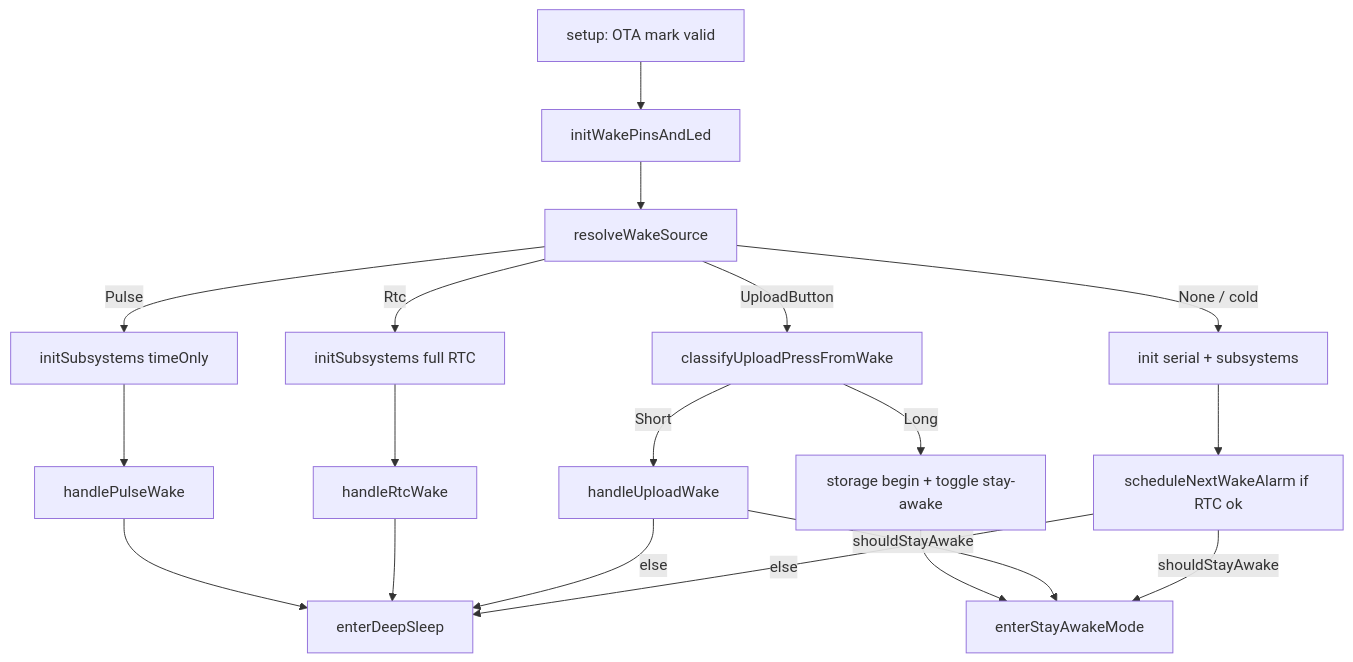
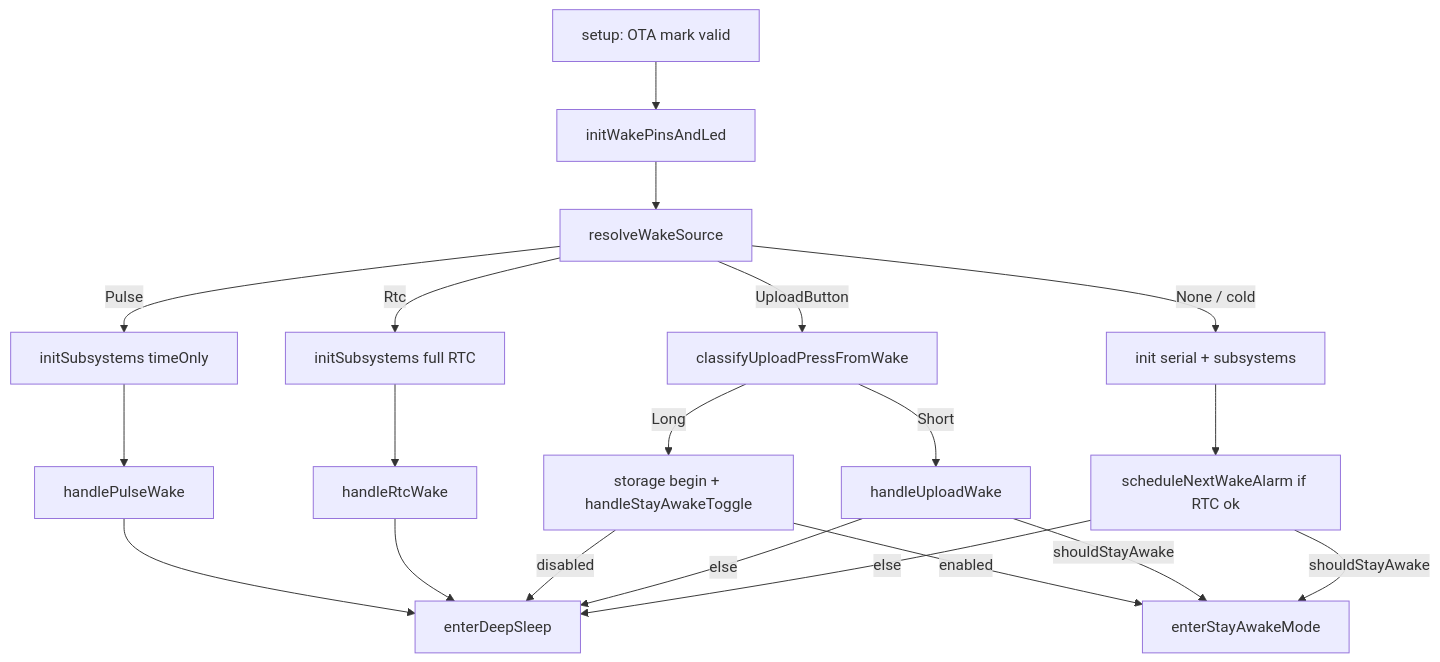
Before and after one commit to bakroistvan/meter_buddy: the first of 3 diagrams in docs/firmware/fw_specification.md, drawn with Mermaid. The commit also changed other lines of this file and 2 other files, not shown here.

````diff
--- a/docs/firmware/fw_specification.md
+++ b/docs/firmware/fw_specification.md
@@ -197,21 +284,22 @@
 ```mermaid
 flowchart TD
   A[setup: OTA mark valid] --> B[initWakePinsAndLed]
   B --> C[resolveWakeSource]
   C -->|Pulse| P[initSubsystems timeOnly]
   P --> P2[handlePulseWake]
   P2 --> S[enterDeepSleep]
   C -->|Rtc| R[initSubsystems full RTC]
   R --> R2[handleRtcWake]
   R2 --> S
   C -->|UploadButton| U[classifyUploadPressFromWake]
-  U -->|Long| L[storage begin + toggle stay-awake]
-  L --> SA[enterStayAwakeMode]
+  U -->|Long| L[storage begin + handleStayAwakeToggle]
+  L -->|enabled| SA[enterStayAwakeMode]
+  L -->|disabled| S
   U -->|Short| UP[handleUploadWake]
   UP -->|shouldStayAwake| SA
   UP -->|else| S
   C -->|None / cold| COLD[init serial + subsystems]
   COLD --> ALARM[scheduleNextWakeAlarm if RTC ok]
   ALARM -->|shouldStayAwake| SA
   ALARM -->|else| S
 ```
````
